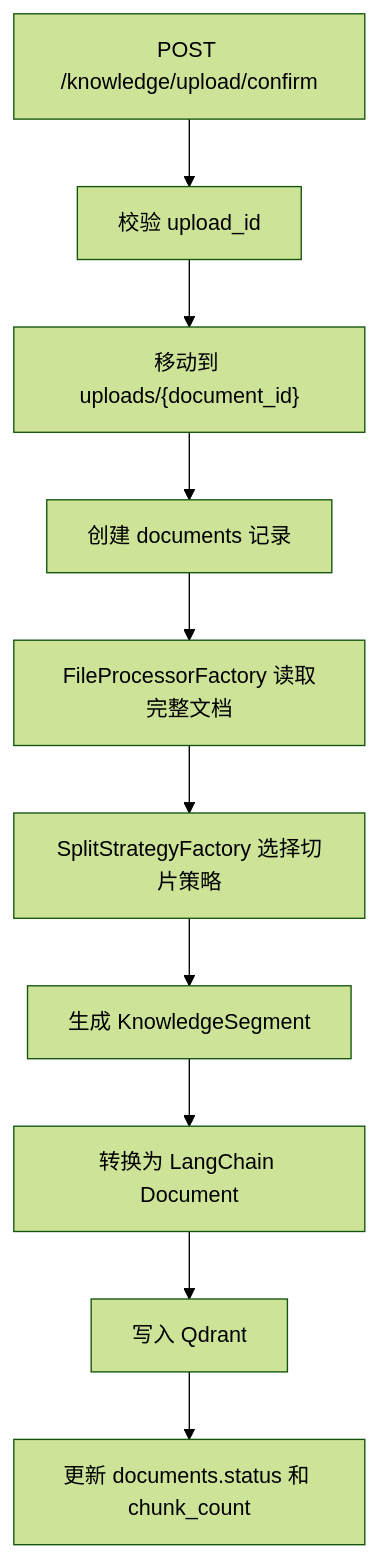
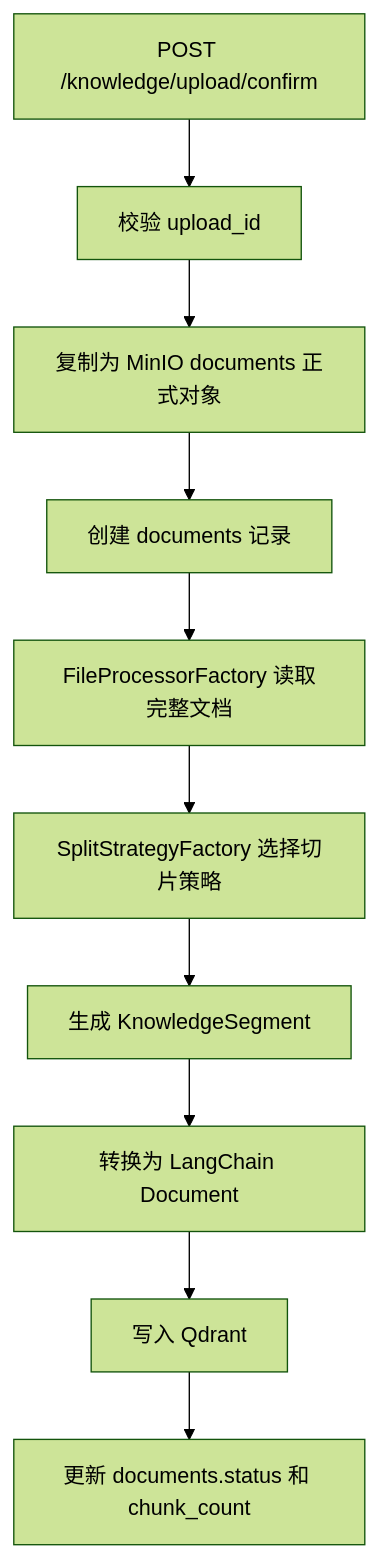
Before and after one commit to chen-liang-22/AI_RAG_Agent_Project: the third of 3 diagrams in docs/RAG上传文件处理与切片策略设计.md, drawn with Mermaid (forest theme). The commit also changed other lines of this file and 30 other files, not shown here.

````diff
--- a/docs/RAG上传文件处理与切片策略设计.md
+++ b/docs/RAG上传文件处理与切片策略设计.md
@@ -411,12 +411,12 @@
 ```mermaid
 flowchart TD
     A["POST /knowledge/upload/confirm"] --> B["校验 upload_id"]
-    B --> C["移动到 uploads/{document_id}"]
+    B --> C["复制为 MinIO documents 正式对象"]
     C --> D["创建 documents 记录"]
     D --> E["FileProcessorFactory 读取完整文档"]
     E --> F["SplitStrategyFactory 选择切片策略"]
     F --> G["生成 KnowledgeSegment"]
     G --> H["转换为 LangChain Document"]
     H --> I["写入 Qdrant"]
     I --> J["更新 documents.status 和 chunk_count"]
 ```
````
